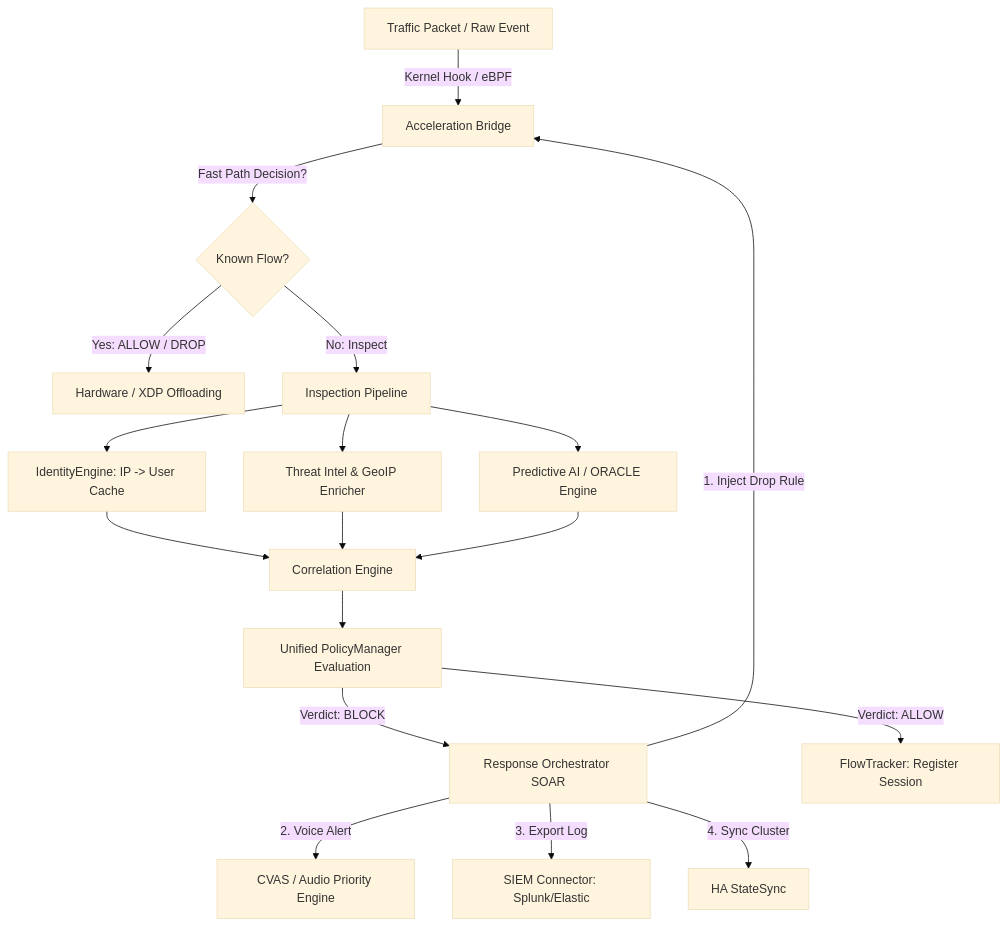
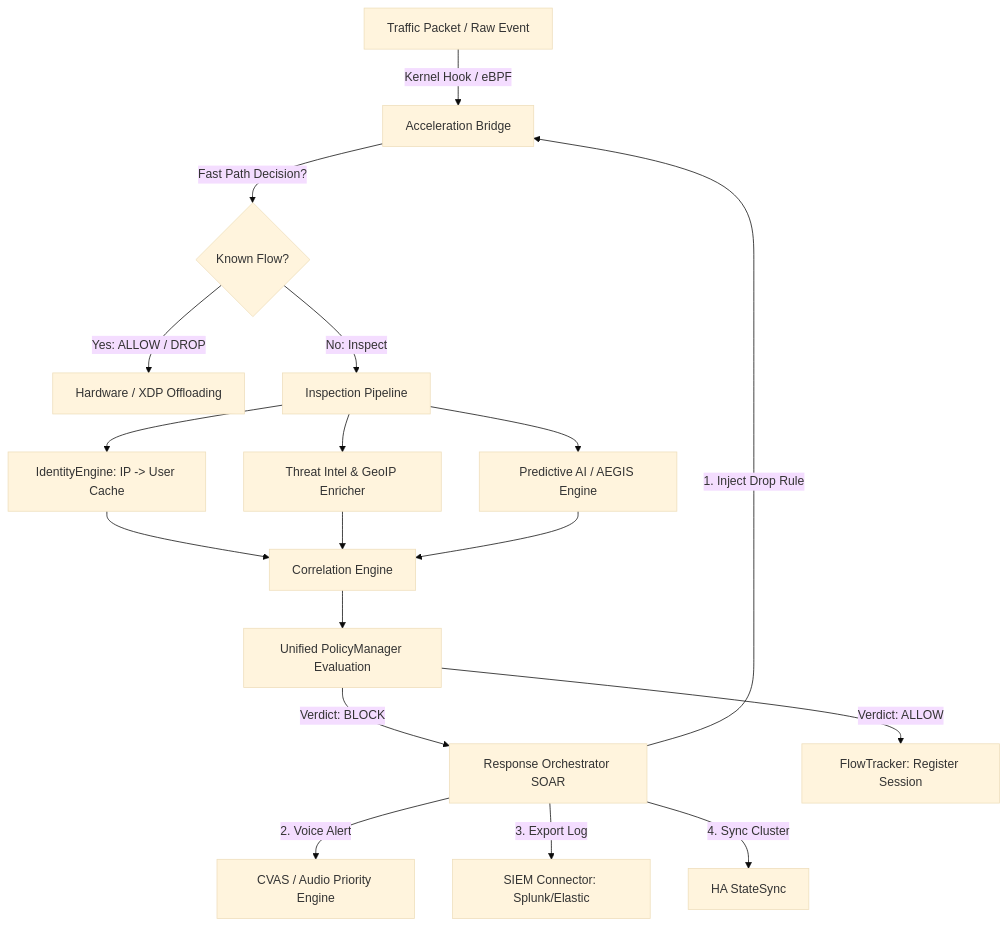
One commit to waheeb71/bunyanx_doc changed the diagram in system_academic_documentation.md. Above: the diagram before and after it, drawn with Mermaid (base theme). The commit also changed other lines of this file and 29 other files, not shown here.

Commit message:
feat: complete redesign of BUNYANX graduation showcase with mobile-first QR UX, 17 modules catalog, attack demos, testing matrices, and architecture visualizer

````diff
--- a/system_academic_documentation.md
+++ b/system_academic_documentation.md
@@ -140,28 +141,28 @@
 ```mermaid
 graph TD
     %% Entry Layer
     A[Traffic Packet / Raw Event] -->|Kernel Hook / eBPF| B[Acceleration Bridge]
     B -->|Fast Path Decision?| C{Known Flow?}
     
     C -->|Yes: ALLOW / DROP| D[Hardware / XDP Offloading]
     C -->|No: Inspect| E[Inspection Pipeline]
     
     %% Inspection & Enrichment
     E --> F[IdentityEngine: IP -> User Cache]
     E --> G[Threat Intel & GeoIP Enricher]
-    E --> H[Predictive AI / ORACLE Engine]
+    E --> H[Predictive AI / AEGIS Engine]
     
     %% Decision & Correlation
     F & G & H --> I[Correlation Engine]
     I --> J[Unified PolicyManager Evaluation]
     
     %% Verdict Actions
     J -->|Verdict: BLOCK| K[Response Orchestrator SOAR]
     J -->|Verdict: ALLOW| L[FlowTracker: Register Session]
     
     %% SOAR Execution
     K -->|1. Inject Drop Rule| B
     K -->|2. Voice Alert| M[CVAS / Audio Priority Engine]
     K -->|3. Export Log| N[SIEM Connector: Splunk/Elastic]
     K -->|4. Sync Cluster| O[HA StateSync]
 ```
````
